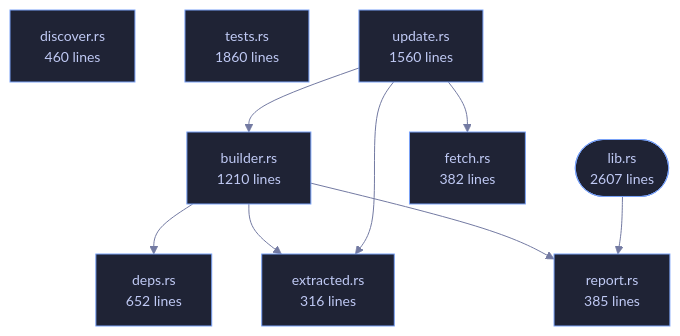
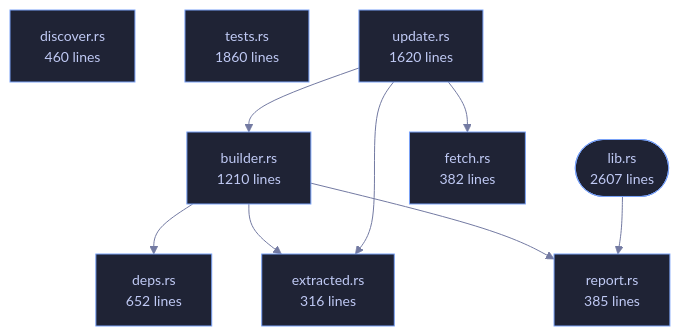
The diagram in crates/veilvoice-verify/README.md (tilas01/veilvoice), drawn with Mermaid before and after one commit. The commit also changed other lines of this file and 61 other files, not shown here.

````diff
--- a/crates/veilvoice-verify/README.md
+++ b/crates/veilvoice-verify/README.md
@@ -99,29 +99,29 @@
 ```mermaid
 %%{init: {"theme":"base","themeVariables":{"background":"#1a1b26","primaryColor":"#1f2335","primaryTextColor":"#c0caf5","primaryBorderColor":"#7aa2f7","secondaryColor":"#16161e","tertiaryColor":"#16161e","lineColor":"#737aa2","textColor":"#c0caf5","mainBkg":"#1f2335","nodeBorder":"#7aa2f7","clusterBkg":"#16161e","clusterBorder":"#2f3549","fontFamily":"ui-monospace, SFMono-Regular, Consolas, monospace","fontSize":"14px"}}}%%
 flowchart TD
     n_lib(["lib.rs<br/>2607 lines"])
     n_builder["builder.rs<br/>1210 lines"]
     n_deps["deps.rs<br/>652 lines"]
     n_discover["discover.rs<br/>460 lines"]
     n_extracted["extracted.rs<br/>316 lines"]
     n_fetch["fetch.rs<br/>382 lines"]
     n_report["report.rs<br/>385 lines"]
     n_tests["tests.rs<br/>1860 lines"]
-    n_update["update.rs<br/>1560 lines"]
+    n_update["update.rs<br/>1620 lines"]
     n_builder --> n_deps
     n_builder --> n_extracted
     n_builder --> n_report
     n_lib --> n_report
     n_update --> n_builder
     n_update --> n_extracted
     n_update --> n_fetch
     click n_lib href "https://github.com/tilas01/veilvoice/blob/main/crates/veilvoice-verify/src/lib.rs" "open the source"
     click n_builder href "https://github.com/tilas01/veilvoice/blob/main/crates/veilvoice-verify/src/builder.rs" "open the source"
     click n_deps href "https://github.com/tilas01/veilvoice/blob/main/crates/veilvoice-verify/src/deps.rs" "open the source"
     click n_discover href "https://github.com/tilas01/veilvoice/blob/main/crates/veilvoice-verify/src/discover.rs" "open the source"
     click n_extracted href "https://github.com/tilas01/veilvoice/blob/main/crates/veilvoice-verify/src/extracted.rs" "open the source"
     click n_fetch href "https://github.com/tilas01/veilvoice/blob/main/crates/veilvoice-verify/src/fetch.rs" "open the source"
     click n_report href "https://github.com/tilas01/veilvoice/blob/main/crates/veilvoice-verify/src/report.rs" "open the source"
     click n_tests href "https://github.com/tilas01/veilvoice/blob/main/crates/veilvoice-verify/src/tests.rs" "open the source"
     click n_update href "https://github.com/tilas01/veilvoice/blob/main/crates/veilvoice-verify/src/update.rs" "open the source"
 ```
````
